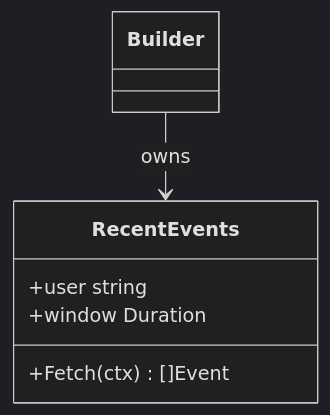
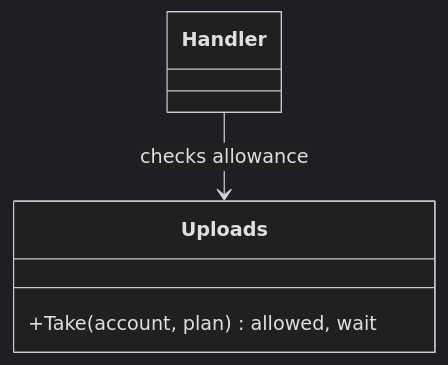
One commit to abhirup-dev/reviewroom changed the fourth of 5 diagrams in skills/reviewroom/references/visual-formats.md. Above: the diagram before and after it, drawn with Mermaid (dark theme). The commit also changed other lines of this file and 39 other files, not shown here.

````diff
--- a/skills/reviewroom/references/visual-formats.md
+++ b/skills/reviewroom/references/visual-formats.md
@@ -94,9 +97,7 @@
 ```mermaid
 classDiagram
-  class RecentEvents {
-    +user string
-    +window Duration
-    +Fetch(ctx) []Event
+  class Uploads {
+    +Take(account, plan) allowed, wait
   }
-  Builder --> RecentEvents : owns
+  Handler --> Uploads : checks allowance
 ```
````
